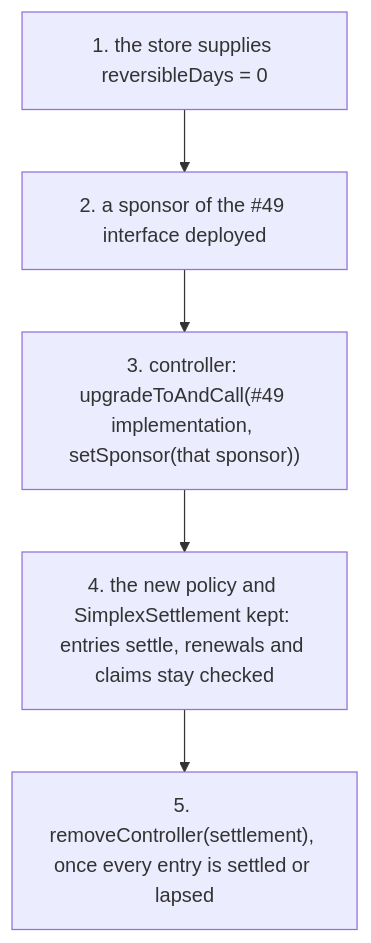
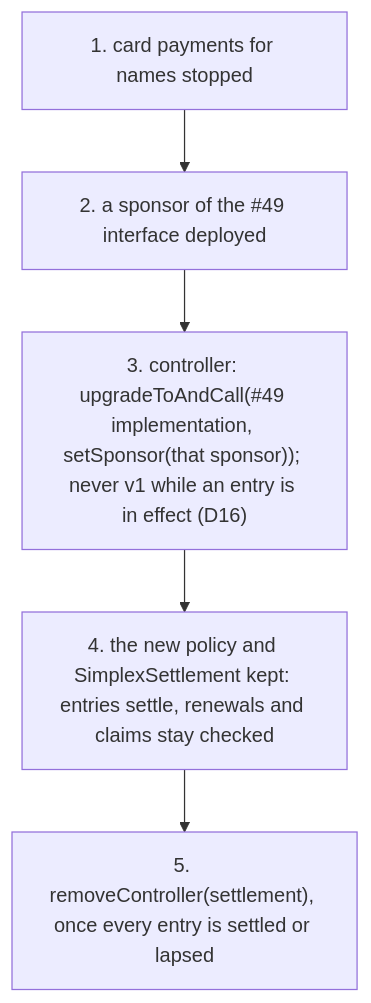
One commit to brenzi-agent/simplex-namespace-contract changed the sixth of 7 diagrams in docs/plans/payment-reversal.md. Above: the diagram before and after it, drawn with Mermaid. The commit also changed other lines of this file, not shown here.

````diff
--- a/docs/plans/payment-reversal.md
+++ b/docs/plans/payment-reversal.md
@@ -370,7 +383,7 @@
 ```mermaid
 flowchart TD
-  r1["1. the store supplies reversibleDays = 0"] --> r2["2. a sponsor of the #49 interface deployed"]
-  r2 --> r3["3. controller: upgradeToAndCall(#49 implementation, setSponsor(that sponsor))"]
+  r1["1. card payments for names stopped"] --> r2["2. a sponsor of the #49 interface deployed"]
+  r2 --> r3["3. controller: upgradeToAndCall(#49 implementation, setSponsor(that sponsor)); never v1 while an entry is in effect (D16)"]
   r3 --> r4["4. the new policy and SimplexSettlement kept: entries settle, renewals and claims stay checked"]
   r4 --> r5["5. removeController(settlement), once every entry is settled or lapsed"]
 ```
````
